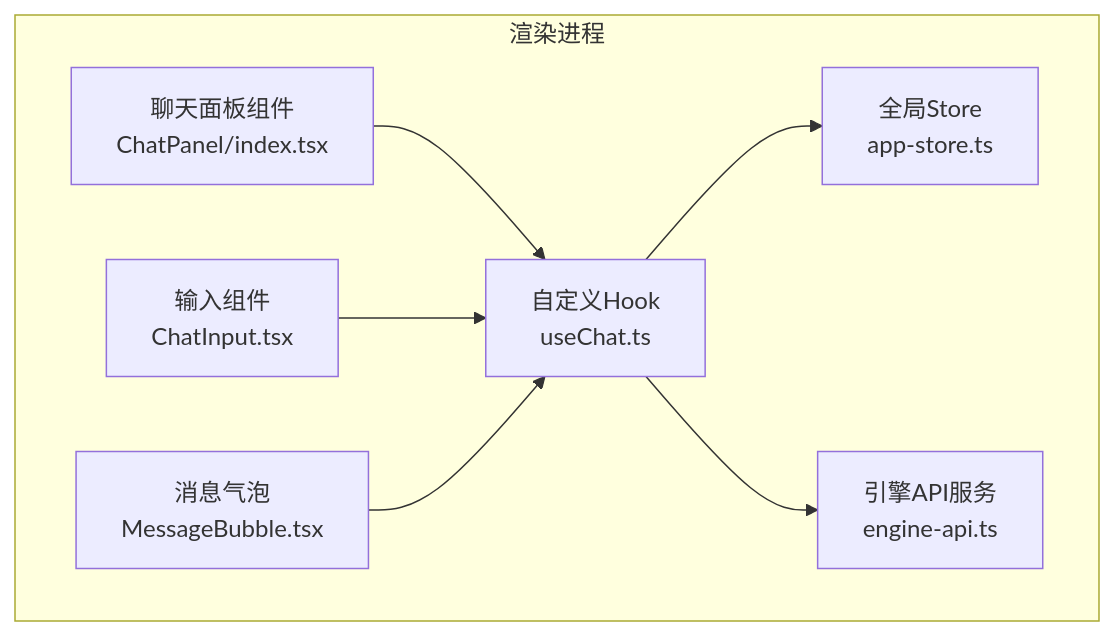
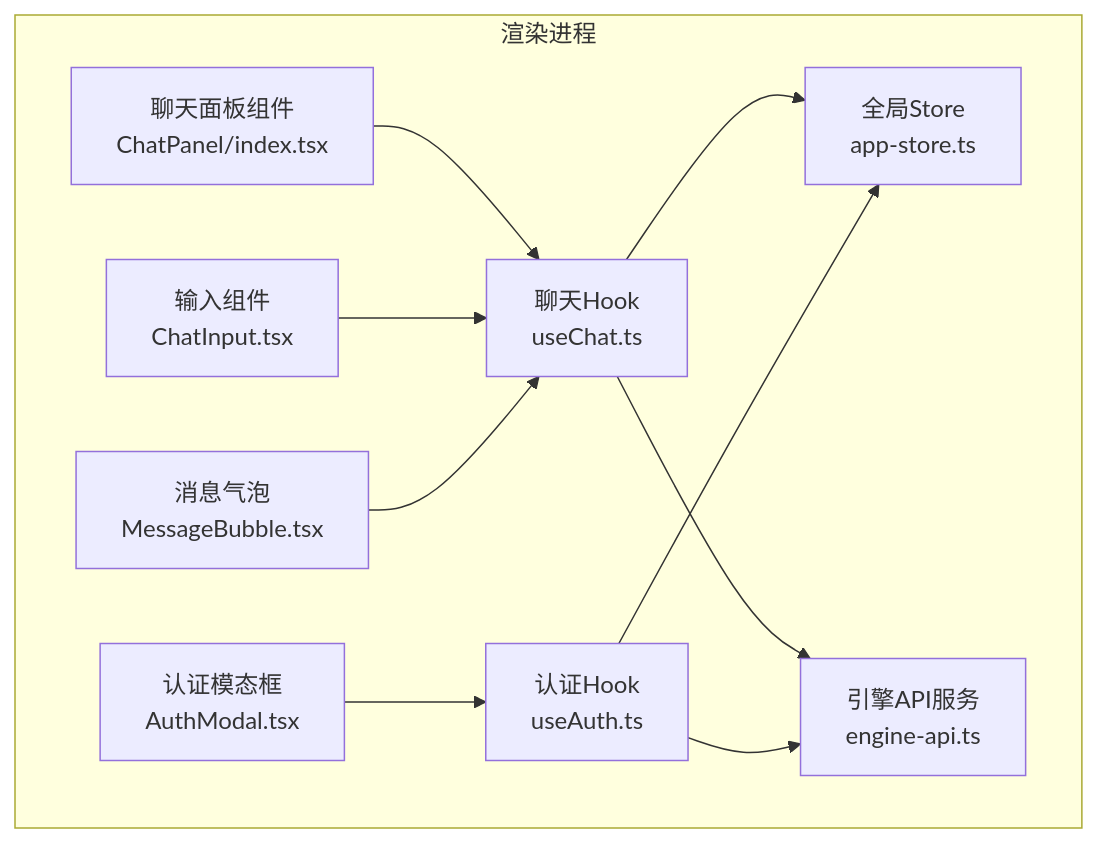
Before and after one commit to kkutysllb/KCoder: the first of 8 diagrams in .qoder/repowiki/zh/content/前端架构/状态管理.md, drawn with Mermaid. The commit also changed other lines of this file and 141 other files, not shown here.

````diff
--- a/.qoder/repowiki/zh/content/前端架构/状态管理.md
+++ b/.qoder/repowiki/zh/content/前端架构/状态管理.md
@@ -35,16 +47,21 @@
 ```mermaid
 graph TB
 subgraph "渲染进程"
 UI["聊天面板组件<br/>ChatPanel/index.tsx"]
 Input["输入组件<br/>ChatInput.tsx"]
 Bubble["消息气泡<br/>MessageBubble.tsx"]
-Hook["自定义Hook<br/>useChat.ts"]
+AuthModal["认证模态框<br/>AuthModal.tsx"]
+ChatHook["聊天Hook<br/>useChat.ts"]
+AuthHook["认证Hook<br/>useAuth.ts"]
 Store["全局Store<br/>app-store.ts"]
 API["引擎API服务<br/>engine-api.ts"]
 end
-UI --> Hook
-Input --> Hook
-Bubble --> Hook
-Hook --> Store
-Hook --> API
+UI --> ChatHook
+Input --> ChatHook
+Bubble --> ChatHook
+AuthModal --> AuthHook
+ChatHook --> Store
+ChatHook --> API
+AuthHook --> Store
+AuthHook --> API
 ```
````
